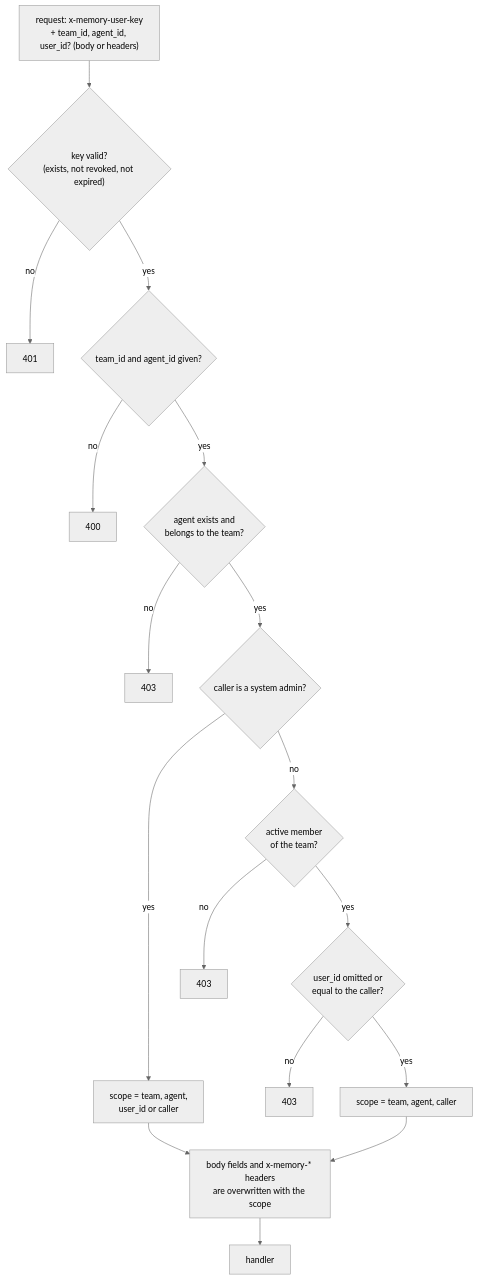
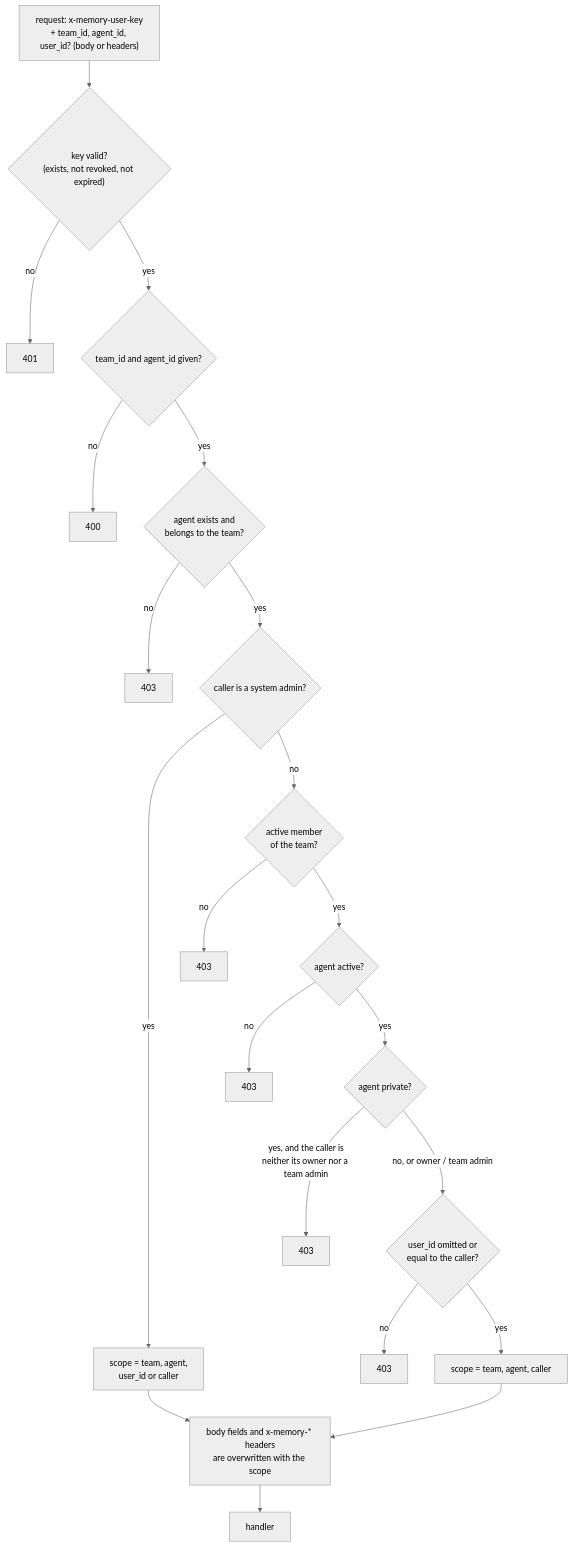
The second of 3 diagrams in docs/COLLABORATION.md (hsuanshao/AgentMemory), drawn with Mermaid (neutral theme) before and after one commit. The commit also changed other lines of this file and 10 other files, not shown here.

````diff
--- a/docs/COLLABORATION.md
+++ b/docs/COLLABORATION.md
@@ -190,19 +201,23 @@
 ```mermaid
 flowchart TD
   R["request: x-memory-user-key<br/>+ team_id, agent_id, user_id? (body or headers)"] --> K{"key valid?<br/>(exists, not revoked, not expired)"}
   K -- no --> E401[401]
   K -- yes --> T{"team_id and agent_id given?"}
   T -- no --> E400[400]
   T -- yes --> A{"agent exists and<br/>belongs to the team?"}
   A -- no --> E403a[403]
   A -- yes --> S{"caller is a system admin?"}
   S -- yes --> OK["scope = team, agent,<br/>user_id or caller"]
   S -- no --> M{"active member<br/>of the team?"}
   M -- no --> E403b[403]
-  M -- yes --> O{"user_id omitted or<br/>equal to the caller?"}
+  M -- yes --> X{"agent active?"}
+  X -- no --> E403d[403]
+  X -- yes --> P{"agent private?"}
+  P -- "yes, and the caller is<br/>neither its owner nor a team admin" --> E403e[403]
+  P -- "no, or owner / team admin" --> O{"user_id omitted or<br/>equal to the caller?"}
   O -- no --> E403c[403]
   O -- yes --> OK2["scope = team, agent, caller"]
   OK --> W["body fields and x-memory-* headers<br/>are overwritten with the scope"]
   OK2 --> W
   W --> H[handler]
 ```
````
